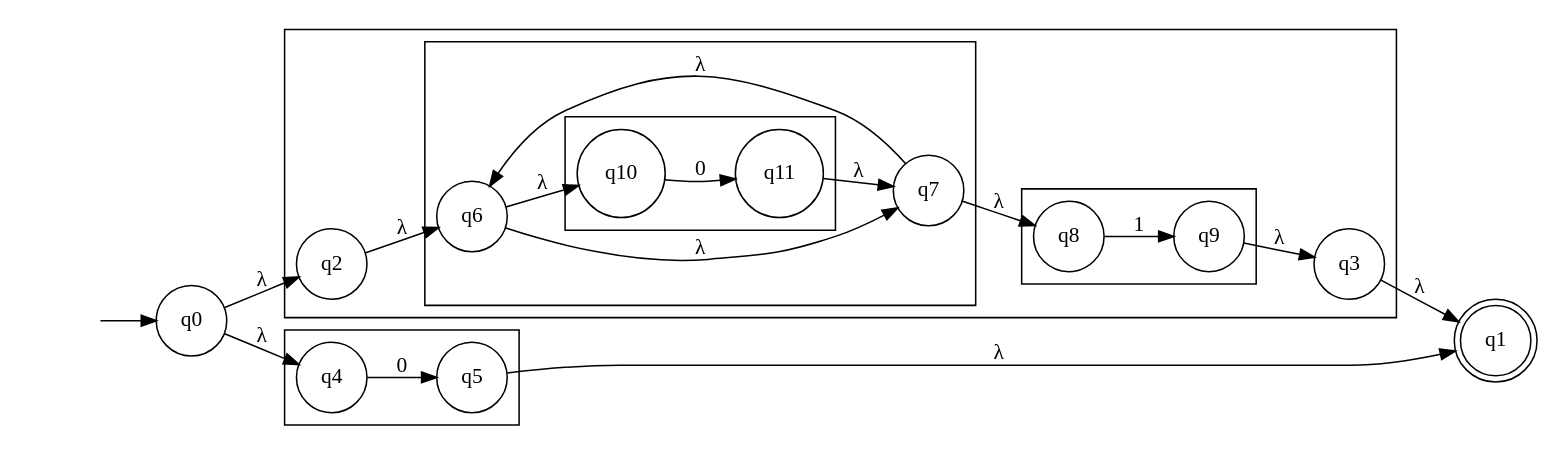
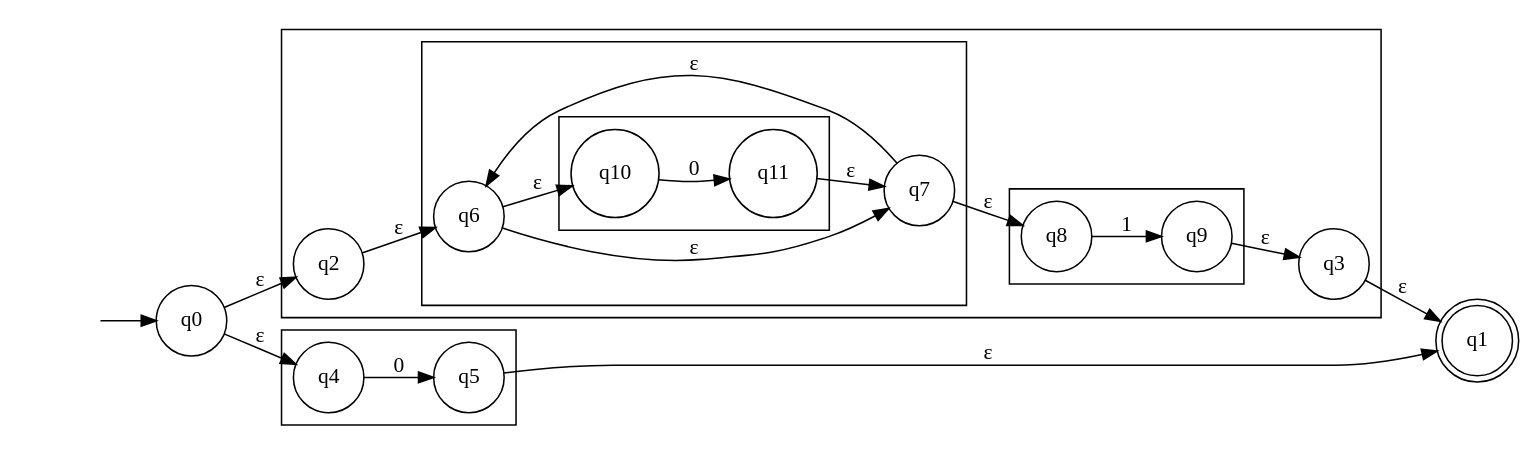
One commit to luizedsilva/Livro-LTC changed the diagram in chapters/images/ilustra-dot/afn-zero-estrela-um-ou-zero.dot. Above: the diagram before and after it, drawn with Graphviz. The commit also changed 126 other files, not shown here.

```diff
--- a/chapters/images/ilustra-dot/afn-zero-estrela-um-ou-zero.dot
+++ b/chapters/images/ilustra-dot/afn-zero-estrela-um-ou-zero.dot
@@ -1,33 +1,33 @@
 digraph {
 	rankdir=LR;
    inicio [shape = none; label = ""];
    node [shape = doublecircle]; q1;
    node [shape = circle];
 	inicio -> q0
-	q0 -> q2 [ label = "&#955;" ];
+	q0 -> q2 [ label = "ε" ];
                     subgraph cluster_zeroestrelaum {
-	q2 -> q6 [ label = "&#955;" ];   
+	q2 -> q6 [ label = "ε" ];   
 	subgraph cluster_zeroestrela {
-	  q6 -> q7 [ label = "&#955;" ];
-	  q6 -> q10 [ label = "&#955;" ];
+	  q6 -> q7 [ label = "ε" ];
+	  q6 -> q10 [ label = "ε" ];
 	  subgraph cluster_zero {
 	    q10 -> q11 [ label = "0" ];
 	  }
-	  q11 -> q7 [ label = "&#955;" ];
-	  q7 -> q6 [ label = "&#955;" ];
+	  q11 -> q7 [ label = "ε" ];
+	  q7 -> q6 [ label = "ε" ];
 	};
 	subgraph cluster_um {
 	  q8 -> q9 [ label = "1" ];
 	};
-	q7 -> q8 [ label = "&#955;" ];
-	q9 -> q3 [ label = "&#955;" ];
+	q7 -> q8 [ label = "ε" ];
+	q9 -> q3 [ label = "ε" ];
 };
 	subgraph cluster_zero {
 	  q4 -> q5 [ label = "0" ];
 	};
 
-	q0 -> q4 [ label = "&#955;" ];
-	q5 -> q1 [ label = "&#955;" ];
-	q3 -> q1 [ label = "&#955;" ];
+	q0 -> q4 [ label = "ε" ];
+	q5 -> q1 [ label = "ε" ];
+	q3 -> q1 [ label = "ε" ];
 
 }
```
